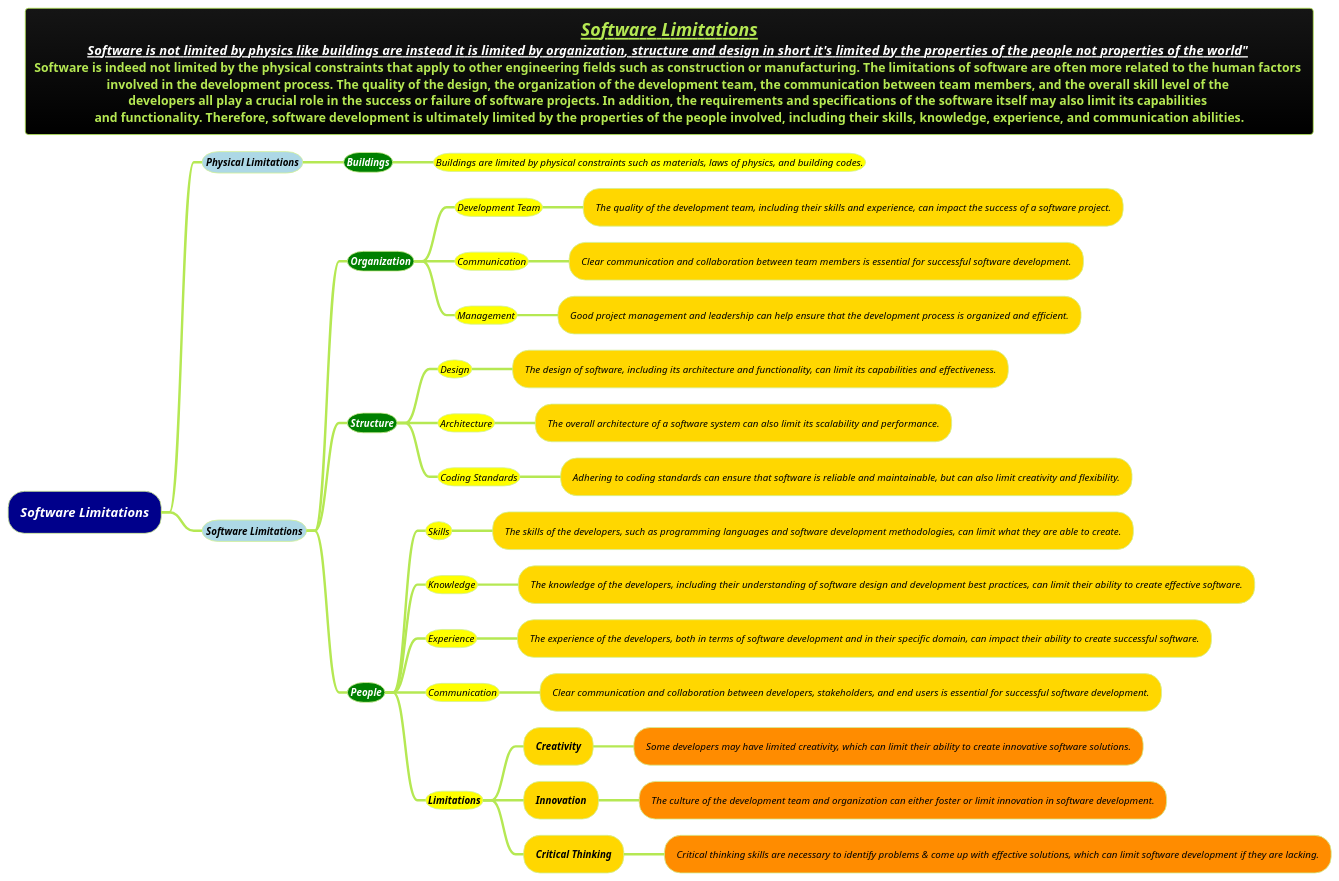
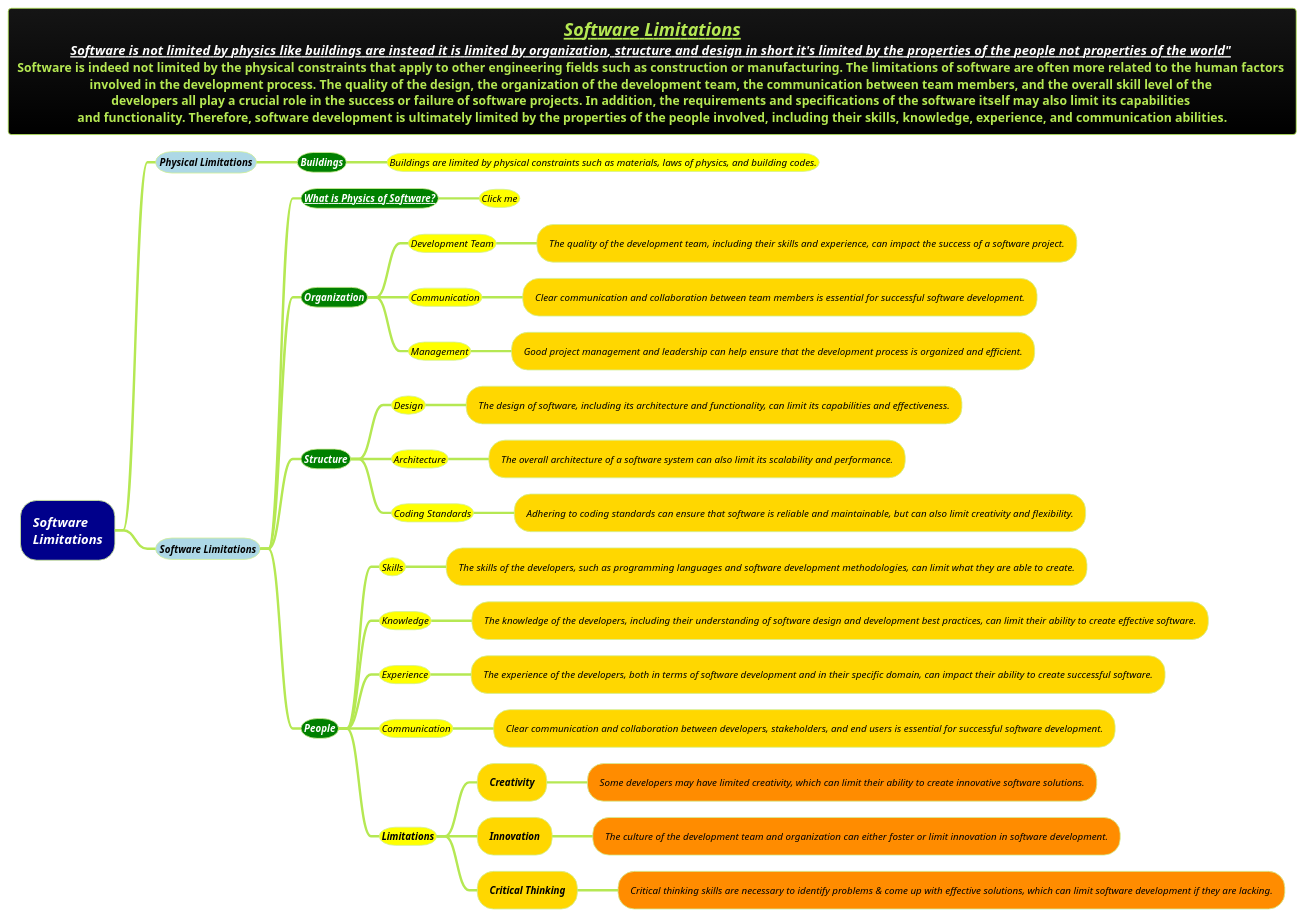
Before and after one commit to MehmoodHashmi/Documentation-as-Code-DaC: the diagram in docs/1-Requirement-Engineering/Software-Limitations.puml, drawn with PlantUML. The commit also changed 2 other files, not shown here.

```diff
--- a/docs/1-Requirement-Engineering/Software-Limitations.puml
+++ b/docs/1-Requirement-Engineering/Software-Limitations.puml
@@ -1,40 +1,42 @@
 @startmindmap
 title =<b><i><u><size:18>Software Limitations \n<color #white><b><i><u><size:16>Software is not limited by physics like buildings are instead it is limited by organization, structure and design in short it's limited by the properties of the people not properties of the world" \n<size:15>Software is indeed not limited by the physical constraints that apply to other engineering fields such as construction or manufacturing. The limitations of software are often more related to the human factors \n<size:15>involved in the development process. The quality of the design, the organization of the development team, the communication between team members, and the overall skill level of the \n<size:15>developers all play a crucial role in the success or failure of software projects. In addition, the requirements and specifications of the software itself may also limit its capabilities \n<size:15>and functionality. Therefore, software development is ultimately limited by the properties of the people involved, including their skills, knowledge, experience, and communication abilities.
 !theme hacker
 
-*[#darkblue] <i><color #white>Software Limitations
+*[#darkblue] <i><color #white>Software \n<i><color #white>Limitations
 **[#lightblue] <i><color #black><size:12>Physical Limitations
 ***[#green] <b><i><color #white><size:12>Buildings
 ****[#yellow] <i><color #black><size:12>Buildings are limited by physical constraints such as materials, laws of physics, and building codes.
 **[#lightblue] <i><color #black><size:12>Software Limitations
-***[#green] <b><i><color #white><size:12>**Organization**
+***[#green] <b><i><color #white><size:12>[[docs/3-programming-languages/Venkat-Subramaniam/images/img_239.png What is Physics of Software?]]
+****[#yellow] <i><color #black><size:12>Click me
+***[#green] <b><i><color #white><size:12>Organization
 ****[#yellow] <i><color #black><size:12>Development Team
 *****[#gold] <i><color #black><size:12>The quality of the development team, including their skills and experience, can impact the success of a software project.
 ****[#yellow] <i><color #black><size:12>Communication
 *****[#gold] <i><color #black><size:12>Clear communication and collaboration between team members is essential for successful software development.
 ****[#yellow] <i><color #black><size:12>Management
 *****[#gold] <i><color #black><size:12>Good project management and leadership can help ensure that the development process is organized and efficient.
-***[#green] <b><i><color #white><size:12>**Structure**
+***[#green] <b><i><color #white><size:12>Structure
 ****[#yellow] <i><color #black><size:12>Design
 *****[#gold] <i><color #black><size:12>The design of software, including its architecture and functionality, can limit its capabilities and effectiveness.
 ****[#yellow] <i><color #black><size:12>Architecture
 *****[#gold] <i><color #black><size:12>The overall architecture of a software system can also limit its scalability and performance.
 ****[#yellow] <i><color #black><size:12>Coding Standards
 *****[#gold] <i><color #black><size:12>Adhering to coding standards can ensure that software is reliable and maintainable, but can also limit creativity and flexibility.
-***[#green] <b><i><color #white><size:12>**People**
+***[#green] <b><i><color #white><size:12>People
 ****[#yellow] <i><color #black><size:12>Skills
 *****[#gold] <i><color #black><size:12>The skills of the developers, such as programming languages and software development methodologies, can limit what they are able to create.
 ****[#yellow] <i><color #black><size:12>Knowledge
 *****[#gold] <i><color #black><size:12>The knowledge of the developers, including their understanding of software design and development best practices, can limit their ability to create effective software.
 ****[#yellow] <i><color #black><size:12>Experience
 *****[#gold] <i><color #black><size:12>The experience of the developers, both in terms of software development and in their specific domain, can impact their ability to create successful software.
 ****[#yellow] <i><color #black><size:12>Communication
 *****[#gold] <i><color #black><size:12>Clear communication and collaboration between developers, stakeholders, and end users is essential for successful software development.
 ****[#yellow] <b><i><color #black><size:12>Limitations
 *****[#gold] <b><i><color #black><size:12>Creativity
 ******[#darkorange] <i><color #black><size:12>Some developers may have limited creativity, which can limit their ability to create innovative software solutions.
 *****[#gold] <b><i><color #black><size:12>Innovation
 ******[#darkorange] <i><color #black><size:12>The culture of the development team and organization can either foster or limit innovation in software development.
 *****[#gold] <b><i><color #black><size:12>Critical Thinking
 ******[#darkorange] <i><color #black><size:12>Critical thinking skills are necessary to identify problems & come up with effective solutions, which can limit software development if they are lacking.
 @endmindmap
```
